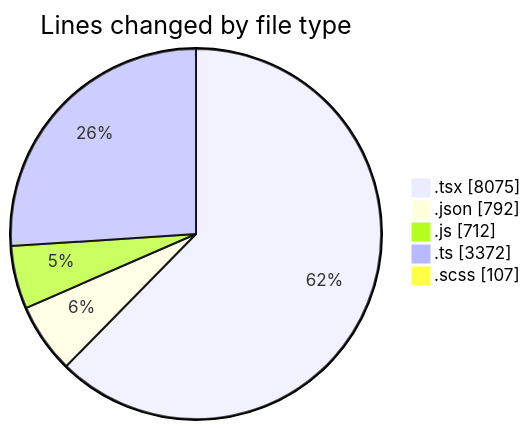
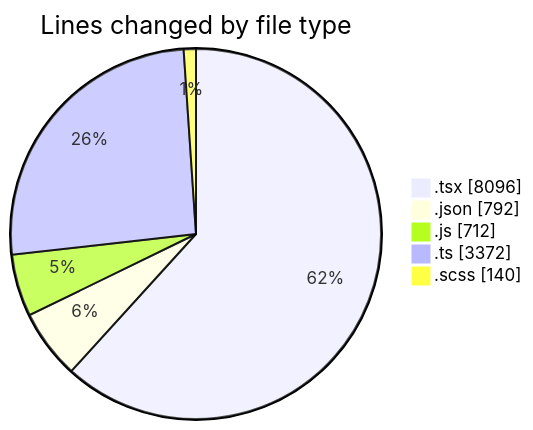
One commit to momahboobian/code-tracking changed the first of 2 diagrams in 2026-08-07/cda/README.md. Above: the diagram before and after it, drawn with Mermaid. The commit also changed other lines of this file and 1 other file, not shown here.

````diff
--- a/2026-08-07/cda/README.md
+++ b/2026-08-07/cda/README.md
@@ -35,9 +35,9 @@
 ```mermaid
 pie showData
 title Lines changed by file type
-".tsx" : 8075
+".tsx" : 8096
 ".json" : 792
 ".js" : 712
 ".ts" : 3372
-".scss" : 107
+".scss" : 140
 ```
````
